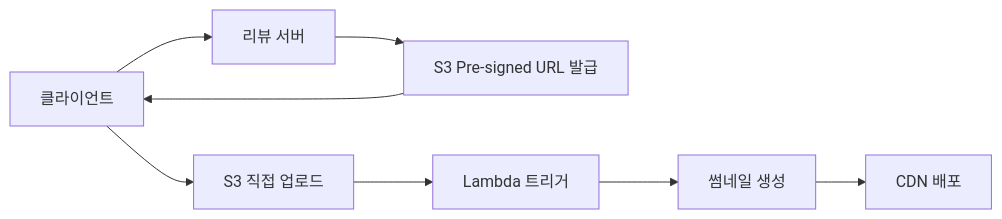
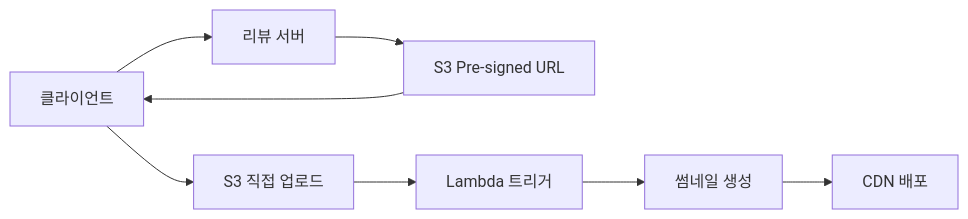
Before and after one commit to yjkim2015/yjkim2015.github.io: the fifth of 5 diagrams in _posts/systemdesign/2026-05-11-system-design-review.md, drawn with Mermaid. The commit also changed other lines of this file and 245 other files, not shown here.

First line of the commit message:
Mermaid 다이어그램 전면 수정 + 면접 포인트 접기/펼치기 + DB 데드락 페이지

````diff
--- a/_posts/systemdesign/2026-05-11-system-design-review.md
+++ b/_posts/systemdesign/2026-05-11-system-design-review.md
@@ -311,10 +311,10 @@
 ```mermaid
 graph LR
     A[클라이언트] --> B[리뷰 서버]
-    B --> C[S3 Pre-signed URL 발급]
+    B --> C["S3 Pre-signed URL "]
     C --> A
     A --> D[S3 직접 업로드]
     D --> E[Lambda 트리거]
     E --> F[썸네일 생성]
     F --> G[CDN 배포]
 ```
````
